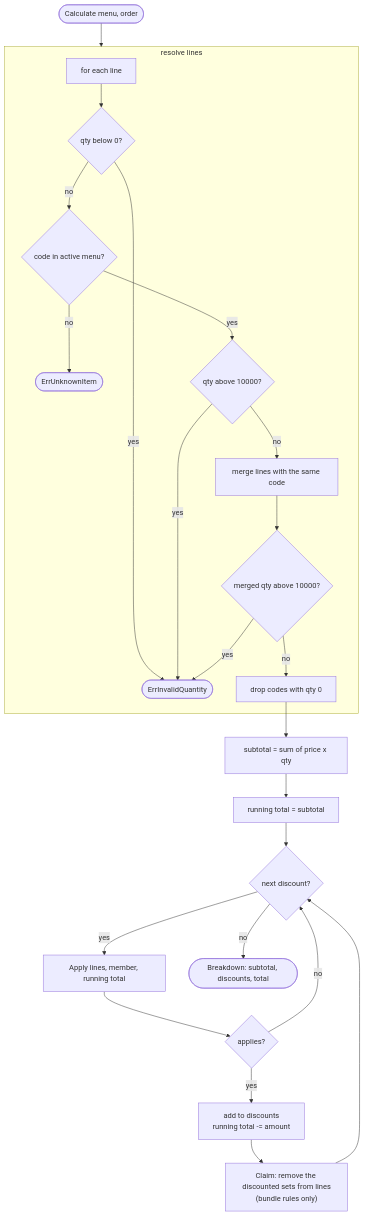
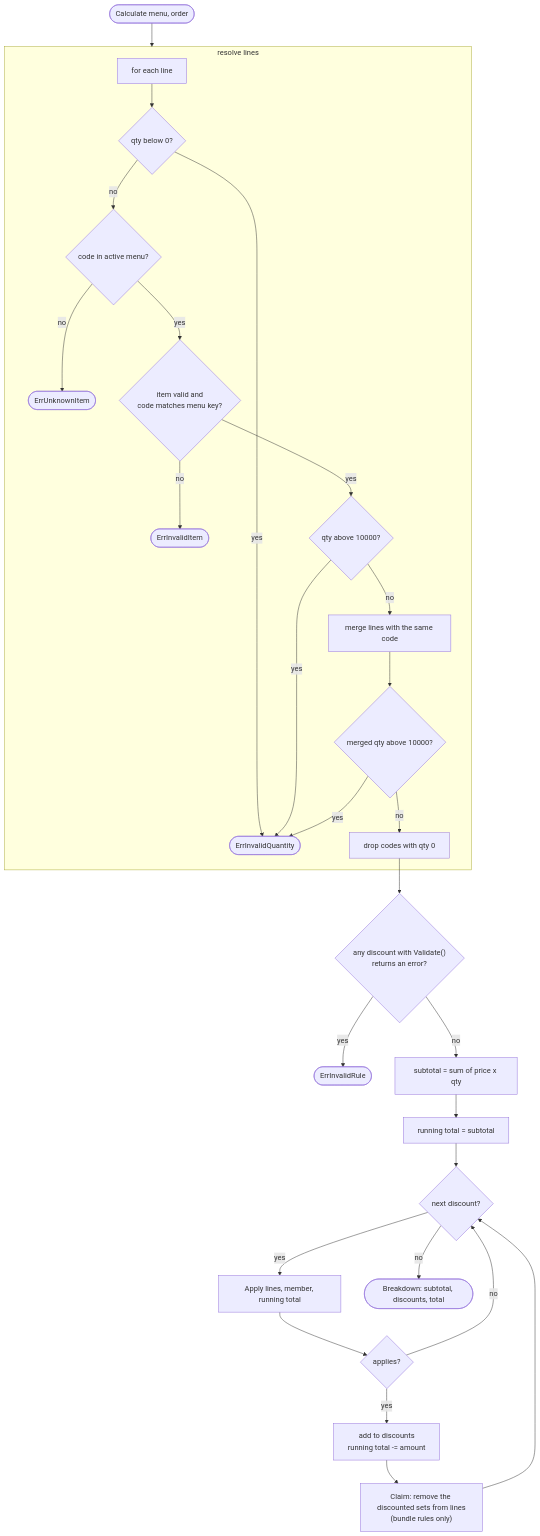
Before and after one commit to Gravizz/freshket: the sixth of 10 diagrams in docs/ARCHITECTURE.md, drawn with Mermaid. The commit also changed other lines of this file and 3 other files, not shown here.

First line of the commit message:
docs: align SPEC, ARCHITECTURE and AGENTS with the code

````diff
--- a/docs/ARCHITECTURE.md
+++ b/docs/ARCHITECTURE.md
@@ -191,28 +196,32 @@
 ```mermaid
 flowchart TD
     Start(["Calculate menu, order"]) --> Resolve
 
     subgraph Resolve["resolve lines"]
         R1["for each line"] --> R2{"qty below 0?"}
         R2 -- yes --> E1(["ErrInvalidQuantity"])
         R2 -- no --> R3{"code in active menu?"}
         R3 -- no --> E2(["ErrUnknownItem"])
-        R3 -- yes --> R4{"qty above 10000?"}
+        R3 -- yes --> RV{"item valid and<br/>code matches menu key?"}
+        RV -- no --> E3(["ErrInvalidItem"])
+        RV -- yes --> R4{"qty above 10000?"}
         R4 -- yes --> E1
         R4 -- no --> R5["merge lines with the same code"]
         R5 --> R6{"merged qty above 10000?"}
         R6 -- yes --> E1
         R6 -- no --> R7["drop codes with qty 0"]
     end
 
-    R7 --> Sub["subtotal = sum of price x qty"]
+    R7 --> Val{"any discount with Validate()<br/>returns an error?"}
+    Val -- yes --> E4(["ErrInvalidRule"])
+    Val -- no --> Sub["subtotal = sum of price x qty"]
     Sub --> Run["running total = subtotal"]
     Run --> Loop{"next discount?"}
     Loop -- yes --> Apply["Apply lines, member, running total"]
     Apply --> Applies{"applies?"}
     Applies -- yes --> Take["add to discounts<br/>running total -= amount"]
     Applies -- no --> Loop
     Take --> Claim["Claim: remove the discounted sets from lines<br/>(bundle rules only)"]
     Claim --> Loop
     Loop -- no --> Done(["Breakdown: subtotal, discounts, total"])
 ```
````
